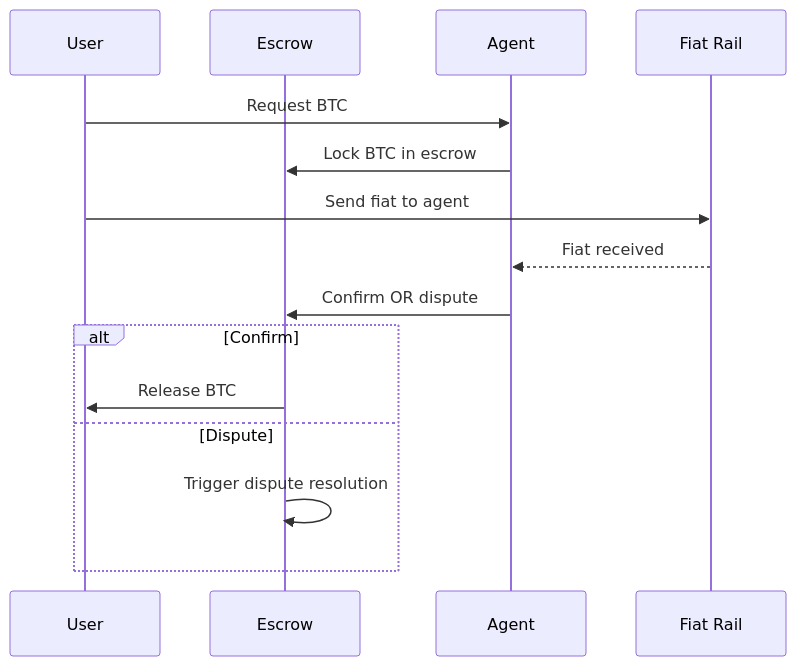
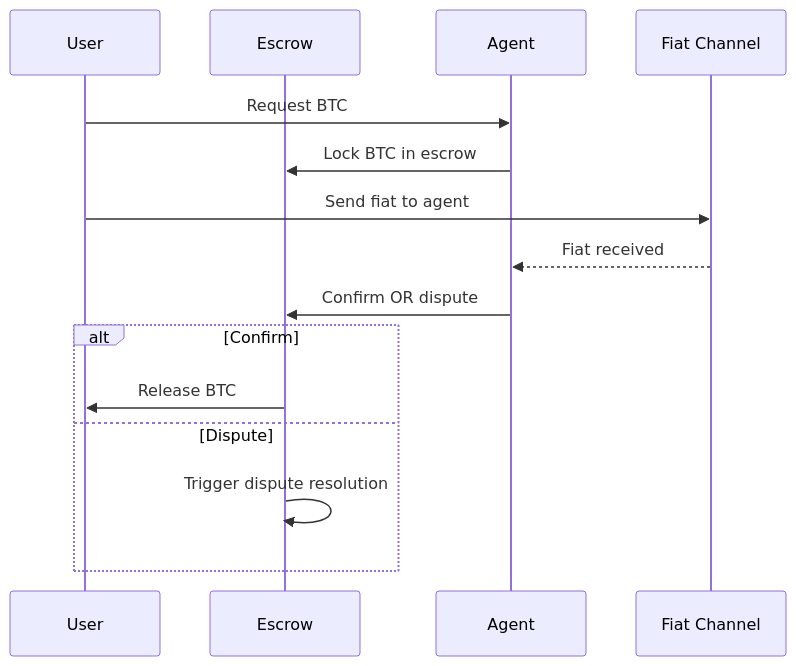
One commit to minmoto/minmo-pleb changed the second of 3 diagrams in escrow-flows.md. Above: the diagram before and after it, drawn with Mermaid. The commit also changed other lines of this file and 3 other files, not shown here.

````diff
--- a/escrow-flows.md
+++ b/escrow-flows.md
@@ -59,18 +59,18 @@
 ```mermaid
 sequenceDiagram
     participant U as User
     participant E as Escrow
     participant A as Agent
-    participant F as Fiat Rail
+    participant FC as Fiat Channel
 
     U->>A: Request BTC
     A->>E: Lock BTC in escrow
-    U->>F: Send fiat to agent
-    F-->>A: Fiat received
+    U->>FC: Send fiat to agent
+    FC-->>A: Fiat received
     A->>E: Confirm OR dispute
     alt Confirm
         E->>U: Release BTC
     else Dispute
         E->>E: Trigger dispute resolution
     end
 ```
````
